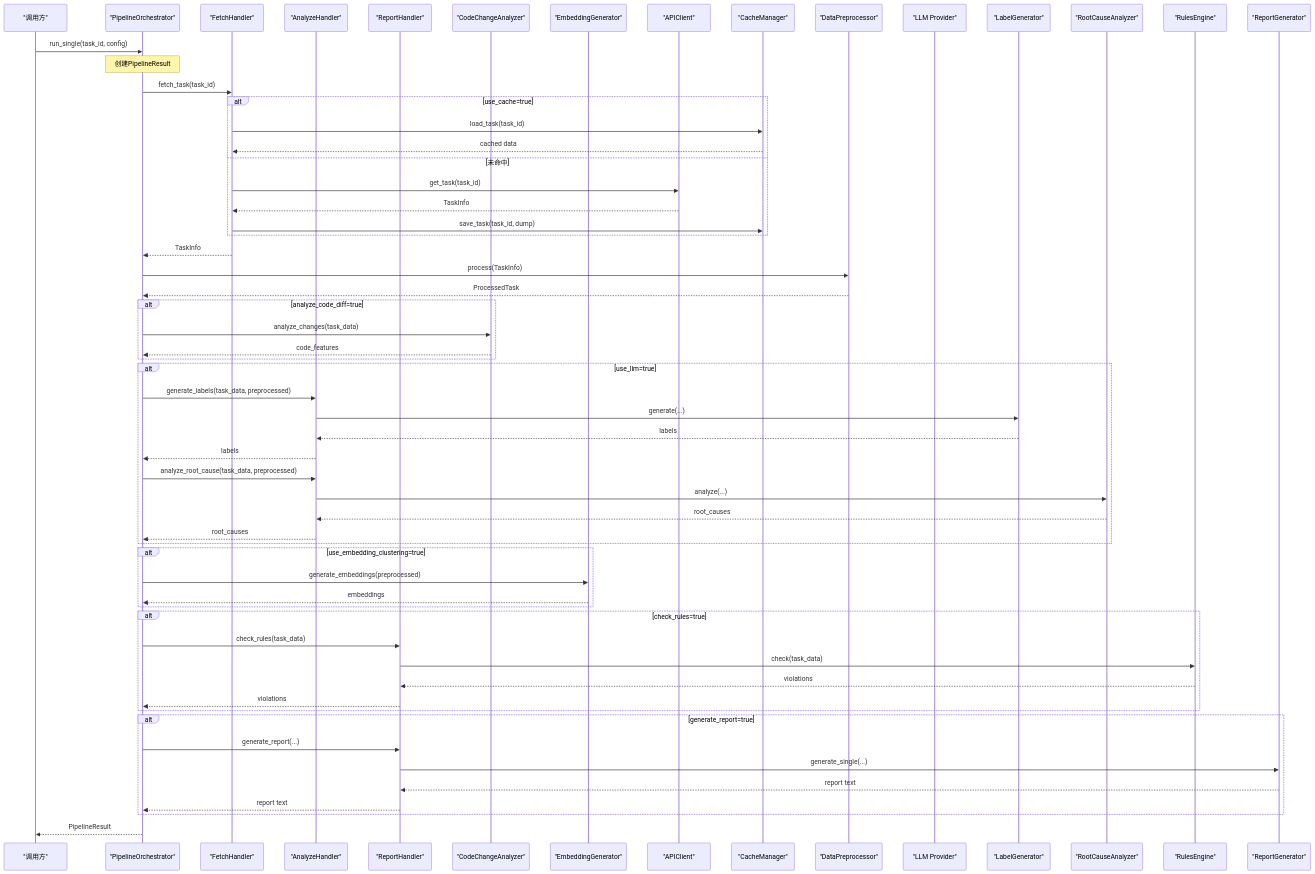
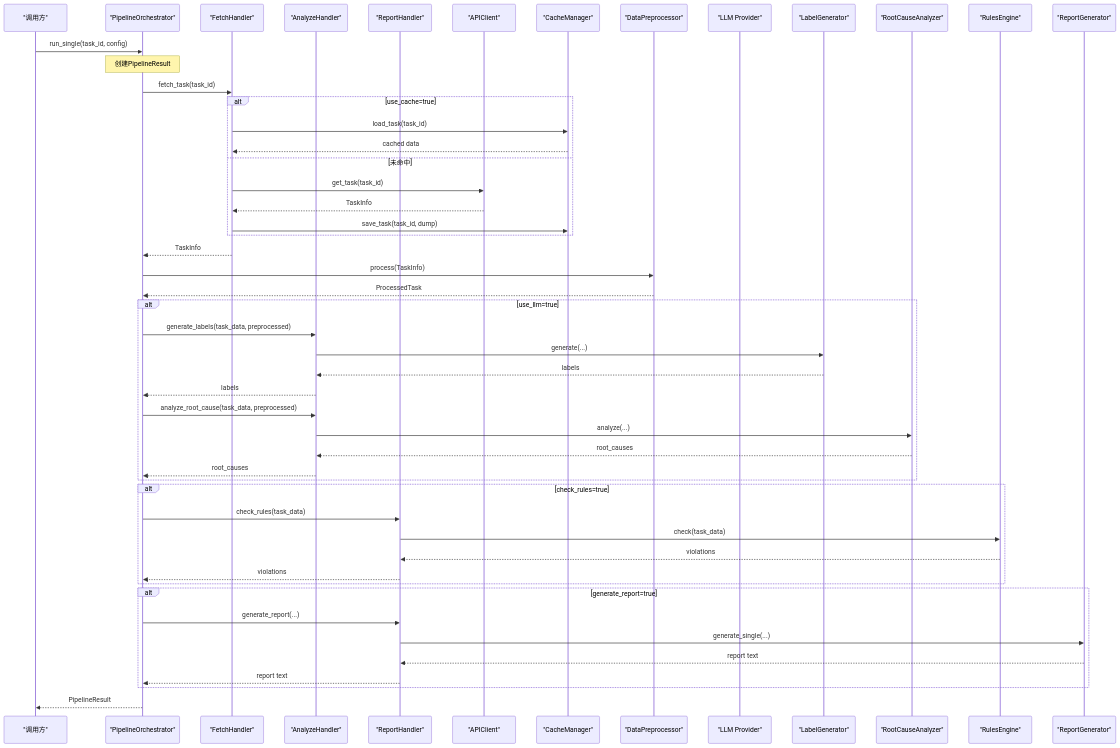
The second of 6 diagrams in .qoder/repowiki/zh/content/核心架构/核心组件/分析流水线编排器.md (boyingliu01/fault-review-analyzer), drawn with Mermaid before and after one commit. The commit also changed other lines of this file and 125 other files, not shown here.

````diff
--- a/.qoder/repowiki/zh/content/核心架构/核心组件/分析流水线编排器.md
+++ b/.qoder/repowiki/zh/content/核心架构/核心组件/分析流水线编排器.md
@@ -161,63 +142,53 @@
 ```mermaid
 sequenceDiagram
 participant Caller as "调用方"
 participant Orchestrator as "PipelineOrchestrator"
 participant Fetch as "FetchHandler"
 participant Analyze as "AnalyzeHandler"
 participant Report as "ReportHandler"
-participant CodeDiff as "CodeChangeAnalyzer"
-participant EmbedGen as "EmbeddingGenerator"
 participant API as "APIClient"
 participant Cache as "CacheManager"
 participant Prep as "DataPreprocessor"
 participant LLM as "LLM Provider"
 participant Label as "LabelGenerator"
 participant RCA as "RootCauseAnalyzer"
 participant Rules as "RulesEngine"
 participant Gen as "ReportGenerator"
 Caller->>Orchestrator : run_single(task_id, config)
 Note over Orchestrator : 创建PipelineResult
 Orchestrator->>Fetch : fetch_task(task_id)
 alt use_cache=true
 Fetch->>Cache : load_task(task_id)
 Cache-->>Fetch : cached data
 else 未命中
 Fetch->>API : get_task(task_id)
 API-->>Fetch : TaskInfo
 Fetch->>Cache : save_task(task_id, dump)
 end
 Fetch-->>Orchestrator : TaskInfo
 Orchestrator->>Prep : process(TaskInfo)
 Prep-->>Orchestrator : ProcessedTask
-alt analyze_code_diff=true
-Orchestrator->>CodeDiff : analyze_changes(task_data)
-CodeDiff-->>Orchestrator : code_features
-end
 alt use_llm=true
 Orchestrator->>Analyze : generate_labels(task_data, preprocessed)
 Analyze->>Label : generate(...)
 Label-->>Analyze : labels
 Analyze-->>Orchestrator : labels
 Orchestrator->>Analyze : analyze_root_cause(task_data, preprocessed)
 Analyze->>RCA : analyze(...)
 RCA-->>Analyze : root_causes
 Analyze-->>Orchestrator : root_causes
-end
-alt use_embedding_clustering=true
-Orchestrator->>EmbedGen : generate_embeddings(preprocessed)
-EmbedGen-->>Orchestrator : embeddings
 end
 alt check_rules=true
 Orchestrator->>Report : check_rules(task_data)
 Report->>Rules : check(task_data)
 Rules-->>Report : violations
 Report-->>Orchestrator : violations
 end
 alt generate_report=true
 Orchestrator->>Report : generate_report(...)
 Report->>Gen : generate_single(...)
 Gen-->>Report : report text
 Report-->>Orchestrator : report text
 end
 Orchestrator-->>Caller : PipelineResult
 ```
````
